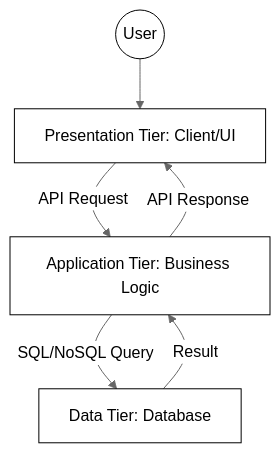
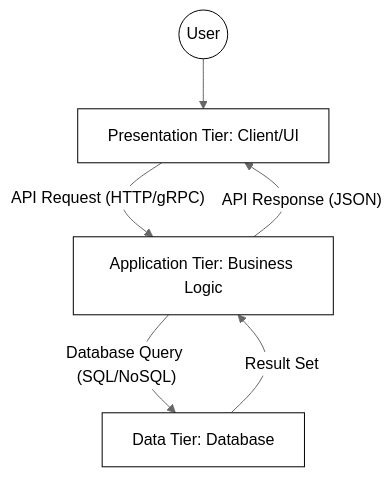
Before and after one commit to byucsstudent/cs240v2: the first of 13 diagrams in instruction/distributed-application-architectures/distributed-application-architectures.md, drawn with Mermaid (neutral theme). The commit also changed other lines of this file, not shown here.

Commit message:
Lee Jensen - update(Distributed Application Architectures)

````diff
--- a/instruction/distributed-application-architectures/distributed-application-architectures.md
+++ b/instruction/distributed-application-architectures/distributed-application-architectures.md
@@ -39,9 +41,9 @@
 ```mermaid
 graph TD
     classDef default fill:#ffffff,stroke:#000000,color:#000000,stroke-width:1px;
     User((User)) --> Presentation[Presentation Tier: Client/UI]
-    Presentation -- API Request --> Logic[Application Tier: Business Logic]
-    Logic -- SQL/NoSQL Query --> Data[Data Tier: Database]
-    Data -- Result --> Logic
-    Logic -- API Response --> Presentation
+    Presentation -- "API Request (HTTP/gRPC)" --> Logic[Application Tier: Business Logic]
+    Logic -- "Database Query (SQL/NoSQL)" --> Data[Data Tier: Database]
+    Data -- "Result Set" --> Logic
+    Logic -- "API Response (JSON)" --> Presentation
 ```
````
